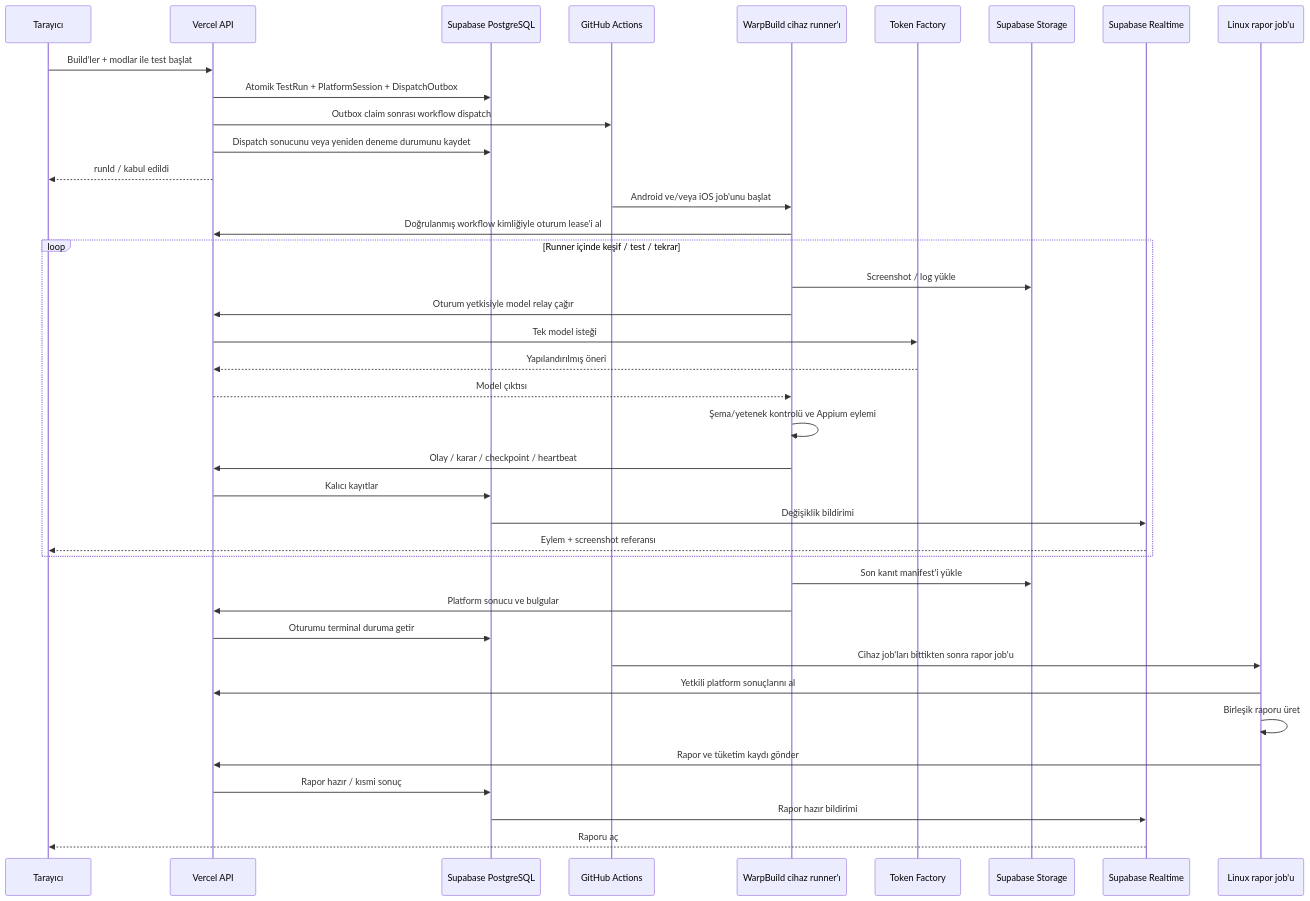
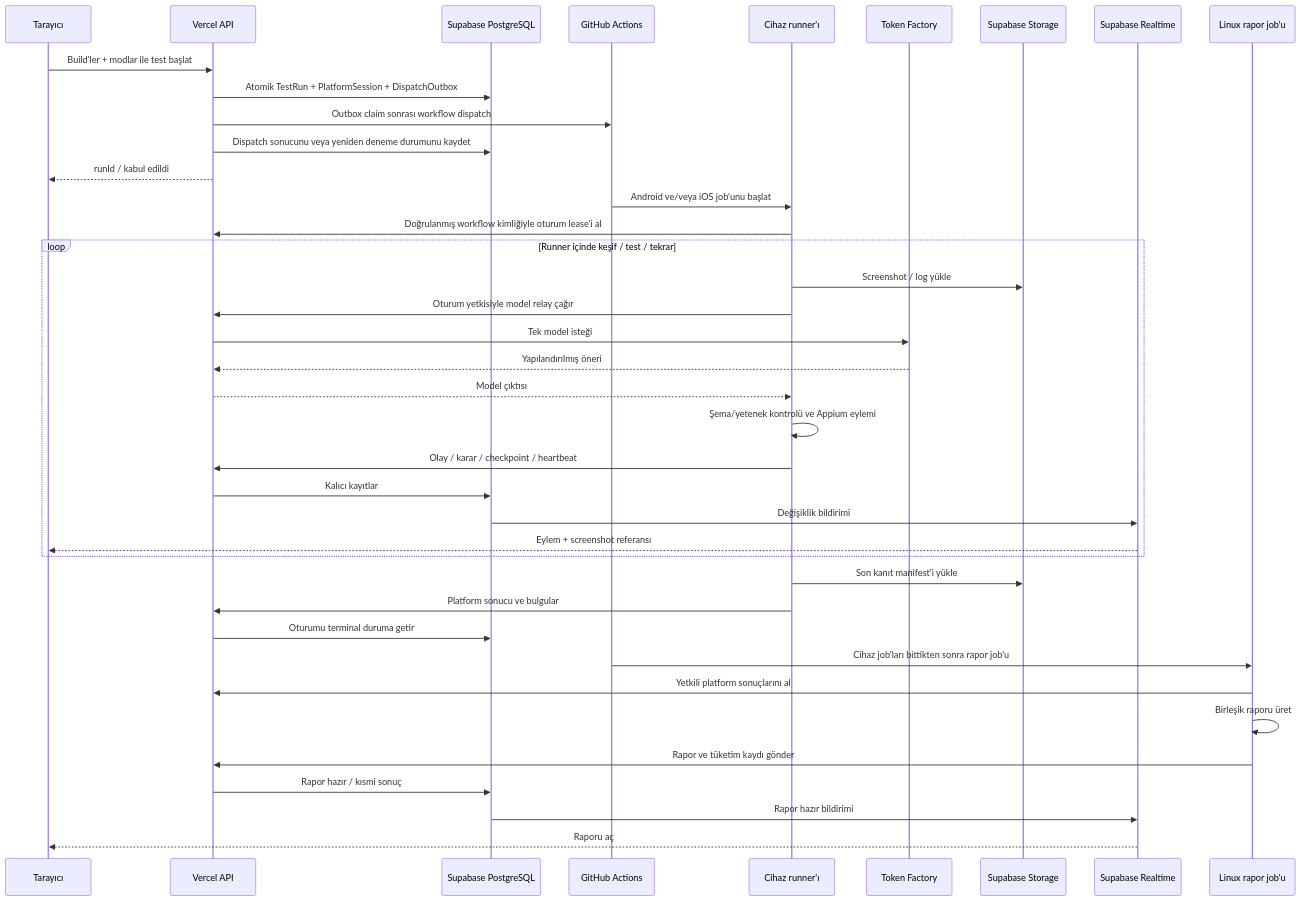
Before and after one commit to OzzyD07/TapScout: the second of 2 diagrams in docs/02-architecture.md, drawn with Mermaid. The commit also changed other lines of this file and 5 other files, not shown here.

First line of the commit message:
docs: run device jobs on GitHub-hosted runners instead of WarpBuild

````diff
--- a/docs/02-architecture.md
+++ b/docs/02-architecture.md
@@ -102,41 +102,41 @@
 ```mermaid
 sequenceDiagram
     participant U as Tarayıcı
     participant API as Vercel API
     participant DB as Supabase PostgreSQL
     participant G as GitHub Actions
-    participant R as WarpBuild cihaz runner'ı
+    participant R as Cihaz runner'ı
     participant M as Token Factory
     participant F as Supabase Storage
     participant RT as Supabase Realtime
     participant P as Linux rapor job'u
     U->>API: Build'ler + modlar ile test başlat
     API->>DB: Atomik TestRun + PlatformSession + DispatchOutbox
     API->>G: Outbox claim sonrası workflow dispatch
     API->>DB: Dispatch sonucunu veya yeniden deneme durumunu kaydet
     API-->>U: runId / kabul edildi
     G->>R: Android ve/veya iOS job'unu başlat
     R->>API: Doğrulanmış workflow kimliğiyle oturum lease'i al
     loop Runner içinde keşif / test / tekrar
         R->>F: Screenshot / log yükle
         R->>API: Oturum yetkisiyle model relay çağır
         API->>M: Tek model isteği
         M-->>API: Yapılandırılmış öneri
         API-->>R: Model çıktısı
         R->>R: Şema/yetenek kontrolü ve Appium eylemi
         R->>API: Olay / karar / checkpoint / heartbeat
         API->>DB: Kalıcı kayıtlar
         DB->>RT: Değişiklik bildirimi
         RT-->>U: Eylem + screenshot referansı
     end
     R->>F: Son kanıt manifest'i yükle
     R->>API: Platform sonucu ve bulgular
     API->>DB: Oturumu terminal duruma getir
     G->>P: Cihaz job'ları bittikten sonra rapor job'u
     P->>API: Yetkili platform sonuçlarını al
     P->>P: Birleşik raporu üret
     P->>API: Rapor ve tüketim kaydı gönder
     API->>DB: Rapor hazır / kısmi sonuç
     DB->>RT: Rapor hazır bildirimi
     RT-->>U: Raporu aç
 ```
````
